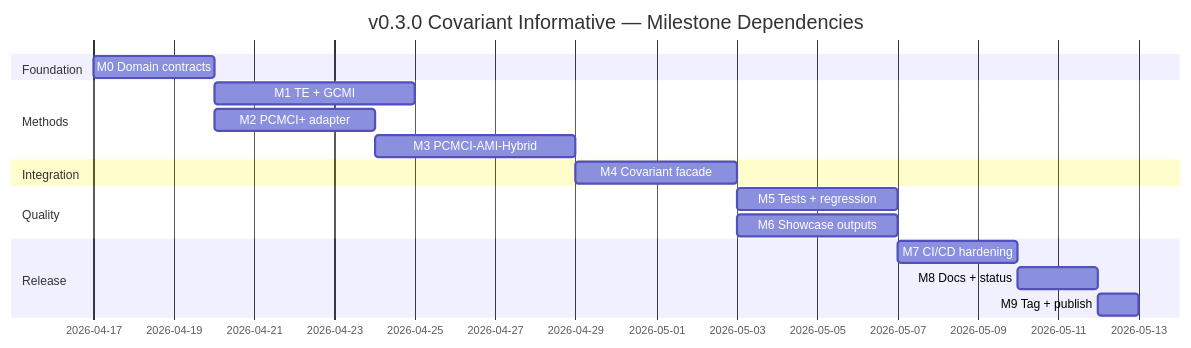
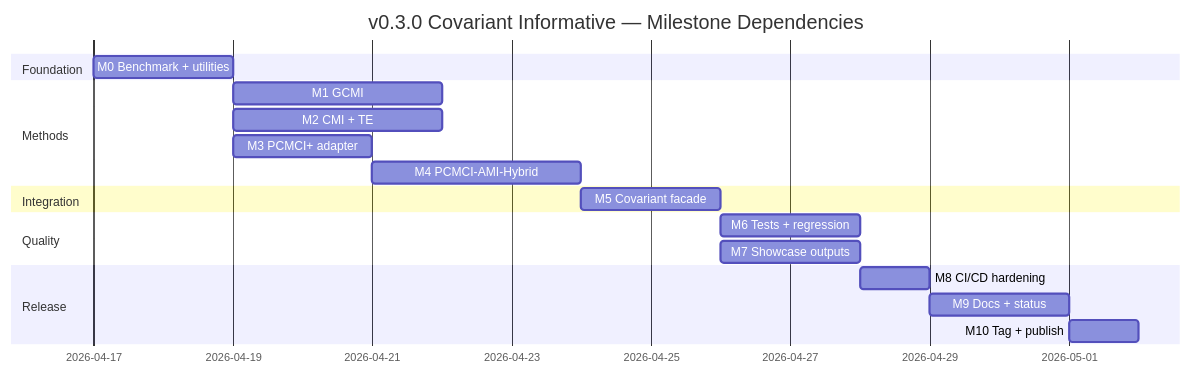
Before and after one commit to AdamKrysztopa/dependence-forecastability: the ninth of 9 diagrams in docs/plan/v0_3_0_covariant_informative_ultimate_plan.md, drawn with Mermaid. The commit also changed other lines of this file, not shown here.

````diff
--- a/docs/plan/v0_3_0_covariant_informative_ultimate_plan.md
+++ b/docs/plan/v0_3_0_covariant_informative_ultimate_plan.md
@@ -1042,20 +2861,21 @@
 ```mermaid
 gantt
     title v0.3.0 Covariant Informative — Milestone Dependencies
     dateFormat YYYY-MM-DD
     section Foundation
-        M0 Domain contracts       :m0, 2026-04-17, 3d
+        M0 Benchmark + utilities   :m0, 2026-04-17, 2d
     section Methods
-        M1 TE + GCMI              :m1, after m0, 5d
-        M2 PCMCI+ adapter         :m2, after m0, 4d
-        M3 PCMCI-AMI-Hybrid       :m3, after m2, 5d
+        M1 GCMI                    :m1, after m0, 3d
+        M2 CMI + TE               :m2, after m0, 3d
+        M3 PCMCI+ adapter         :m3, after m0, 2d
+        M4 PCMCI-AMI-Hybrid       :m4, after m3, 3d
     section Integration
-        M4 Covariant facade       :m4, after m1 m3, 4d
+        M5 Covariant facade       :m5, after m1 m2 m4, 2d
     section Quality
-        M5 Tests + regression     :m5, after m4, 4d
-        M6 Showcase outputs       :m6, after m4, 4d
+        M6 Tests + regression     :m6, after m5, 2d
+        M7 Showcase outputs       :m7, after m5, 2d
     section Release
-        M7 CI/CD hardening        :m7, after m5 m6, 3d
-        M8 Docs + status          :m8, after m7, 2d
-        M9 Tag + publish          :m9, after m8, 1d
+        M8 CI/CD hardening        :m8, after m6 m7, 1d
+        M9 Docs + status          :m9, after m8, 2d
+        M10 Tag + publish         :m10, after m9, 1d
 ```
````
